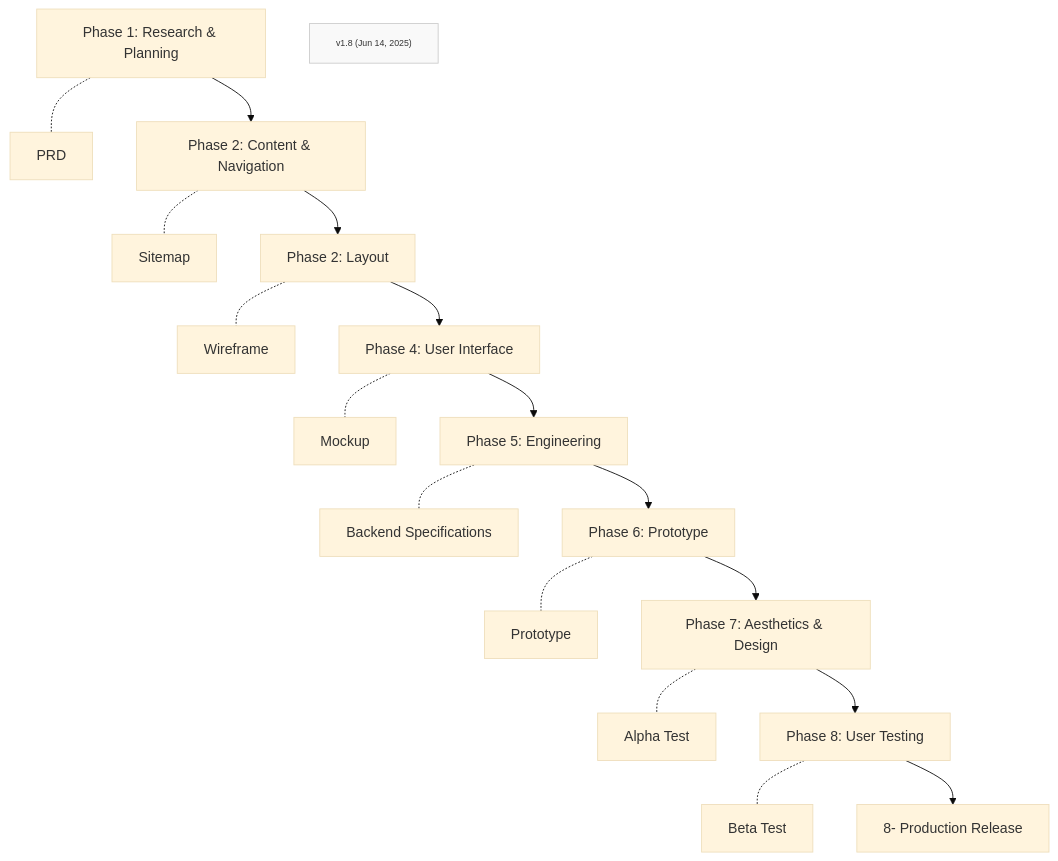
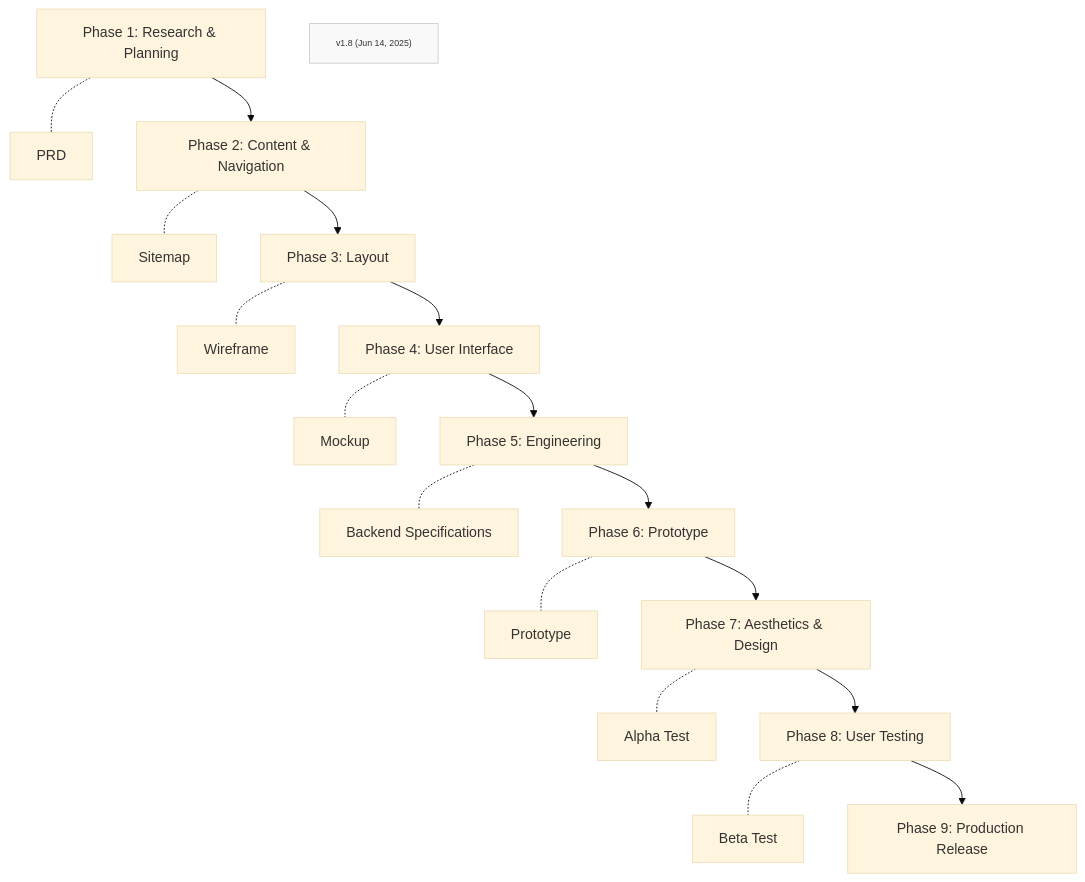
The first of 2 diagrams in Phases/FF-overview.md (Mharbulous/Front-First-Method), drawn with Mermaid (base theme) before and after one commit. The commit also changed other lines of this file, not shown here.

Commit message:
Fixed phase numbering after inserting new Phase 2:  Content & Navigation (sitemap)

````diff
--- a/Phases/FF-overview.md
+++ b/Phases/FF-overview.md
@@ -1,23 +1,23 @@
 ```mermaid
 graph TD
     Phase1["Phase 1: Research & Planning"] -.- PRD["PRD"]
     Phase1 --> Phase2["Phase 2: Content & Navigation"]
     Phase2 -.- Sitemap["Sitemap"]
-    Phase2 --> Phase3["Phase 2: Layout"]
+    Phase2 --> Phase3["Phase 3: Layout"]
     Phase3 -.- Wireframe["Wireframe"]
     Phase3 --> Phase4["Phase 4: User Interface"]
     Phase4 -.- Mockup["Mockup"]
     Phase4 --> Phase5["Phase 5: Engineering"]
     Phase5 -.- Specs["Backend Specifications"]
     Phase5 --> Phase6["Phase 6: Prototype"]
     Phase6 -.- Prototype["Prototype"]
     Phase6 --> Phase7["Phase 7: Aesthetics & Design"]
     Phase7 -.- Alpha["Alpha Test"]
     Phase7 --> Phase8["Phase 8: User Testing"]
     Phase8 -.- Beta["Beta Test"]
-    Phase8 --> Production["8- Production Release"]
+    Phase8 --> Phase9["Phase 9: Production Release"]
 
     VersionInfo["v1.8 (Jun 14, 2025)"]
     classDef version fill:#f9f9f9,stroke:#ccc,font-size:10px;
     class VersionInfo version
 ```
````
